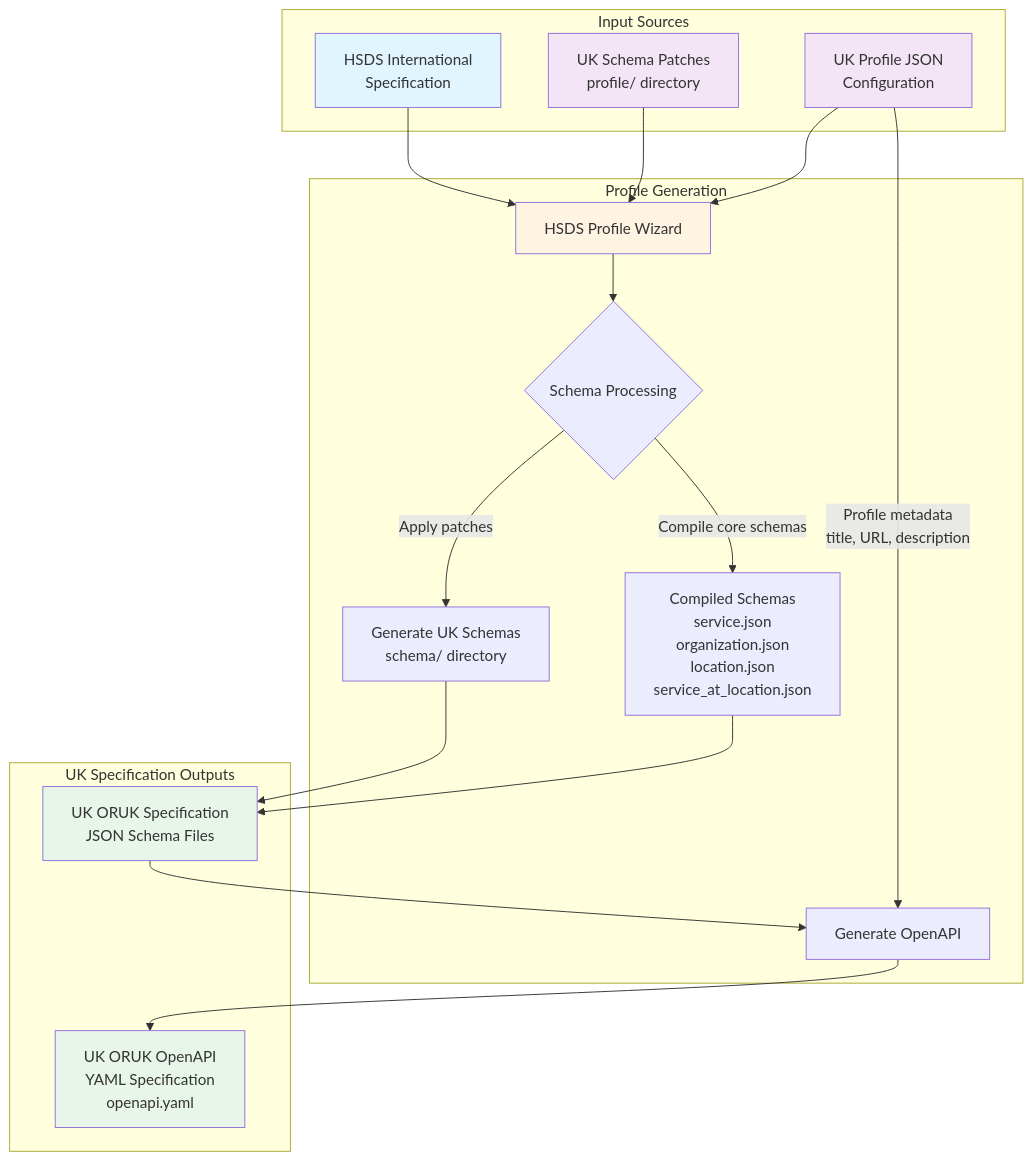
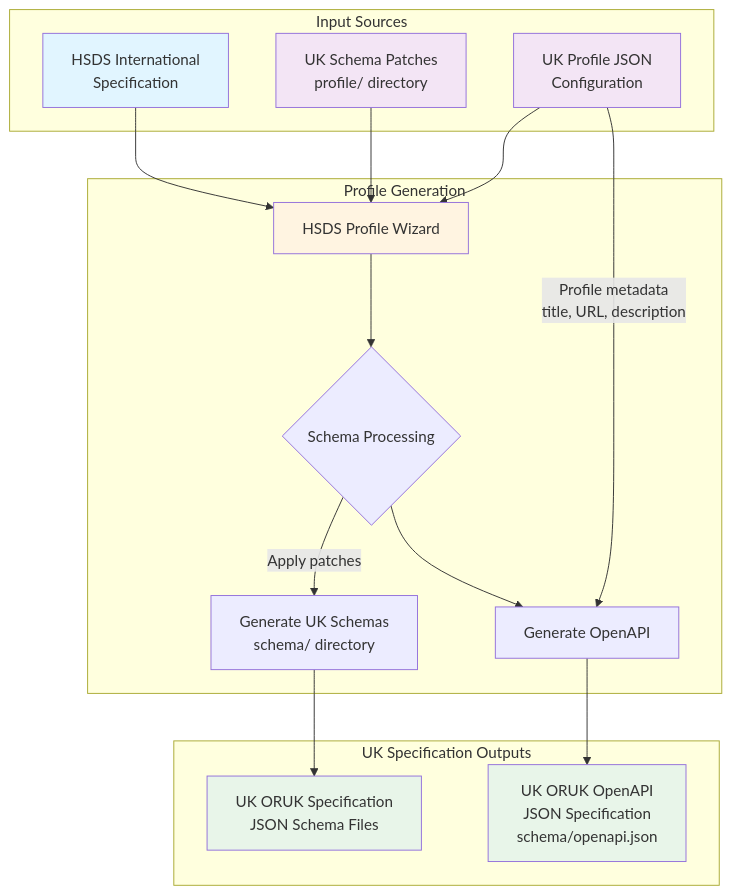
Before and after one commit to answerdigital/ORUK-specification: the diagram in README.md, drawn with Mermaid. The commit also changed other lines of this file and 51 other files, not shown here.

Commit message:
Apply Answer's UK Profile schema changes to the active fork of the openreferral UK specification

````diff
--- a/README.md
+++ b/README.md
@@ -7,48 +7,45 @@
 ```mermaid
 flowchart TD
     A[HSDS International<br/>Specification] --> B[HSDS Profile Wizard]
 
     D[UK Schema Patches<br/>profile/ directory] --> B
     C[UK Profile JSON<br/>Configuration] --> B
     B --> E{Schema Processing}
 
     E -->|Apply patches| F[Generate UK Schemas<br/>schema/ directory]
-    E -->|Compile core schemas| G[Compiled Schemas<br/>service.json<br/>organization.json<br/>location.json<br/>service_at_location.json]
 
     F --> H[UK ORUK Specification<br/>JSON Schema Files]
-    G --> H
 
-    H --> I[Generate OpenAPI]
+    E --> I[Generate OpenAPI]
     C -->|Profile metadata<br/>title, URL, description| I
 
-    I --> J[UK ORUK OpenAPI<br/>YAML Specification<br/>openapi.yaml]
+    I --> J[UK ORUK OpenAPI<br/>JSON Specification<br/>schema/openapi.json]
 
     style A fill:#e1f5ff
     style B fill:#fff4e1
     style H fill:#e8f5e9
     style J fill:#e8f5e9
     style C fill:#f3e5f5
     style D fill:#f3e5f5
 
     subgraph inputs[Input Sources]
         A
         C
         D
     end
 
     subgraph processing[Profile Generation]
         B
         E
         F
-        G
         I
     end
 
     subgraph outputs[UK Specification Outputs]
         H
         J
     end
 
     click D "./UK/profile/" "View UK schema patches"
     click H "./UK/schema/" "View generated UK schemas"
 ```
````
